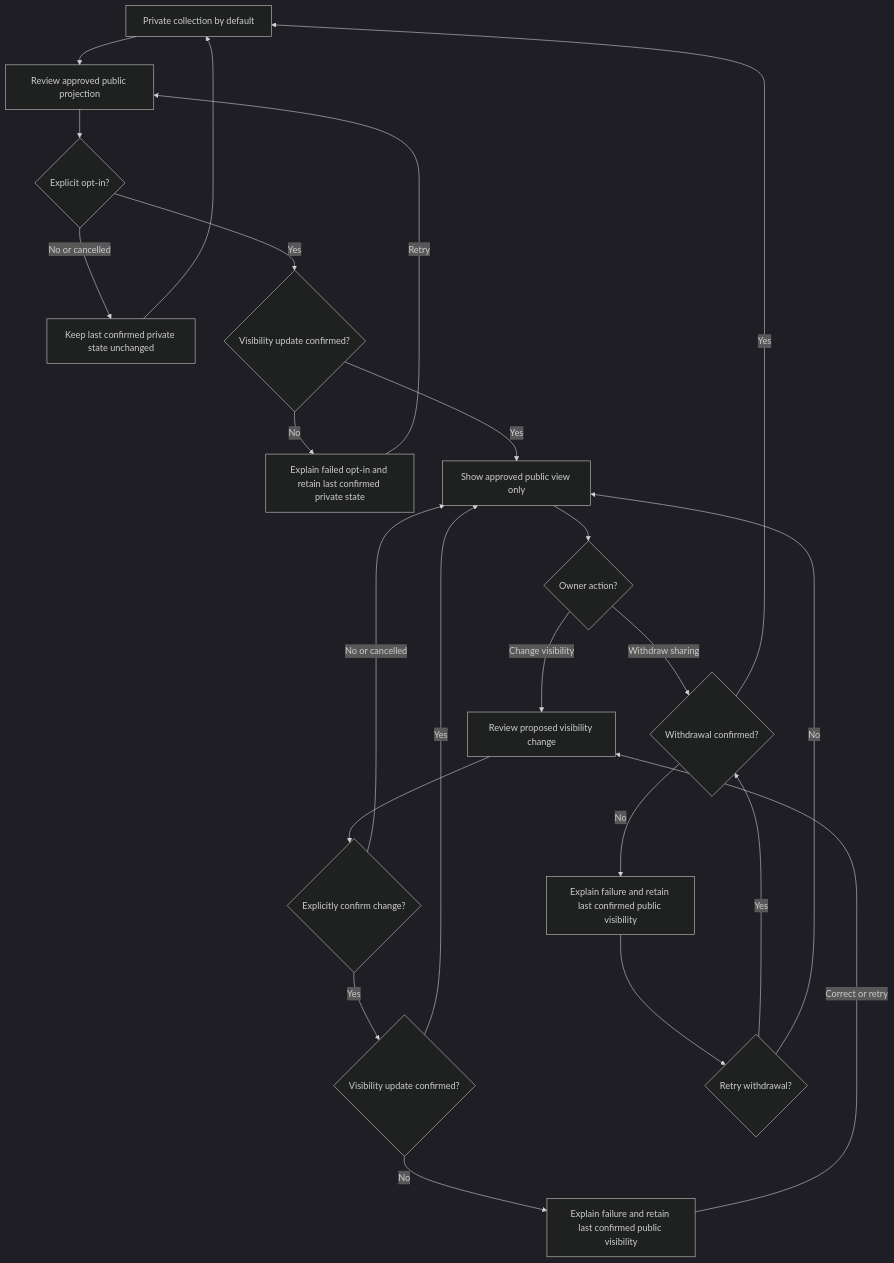
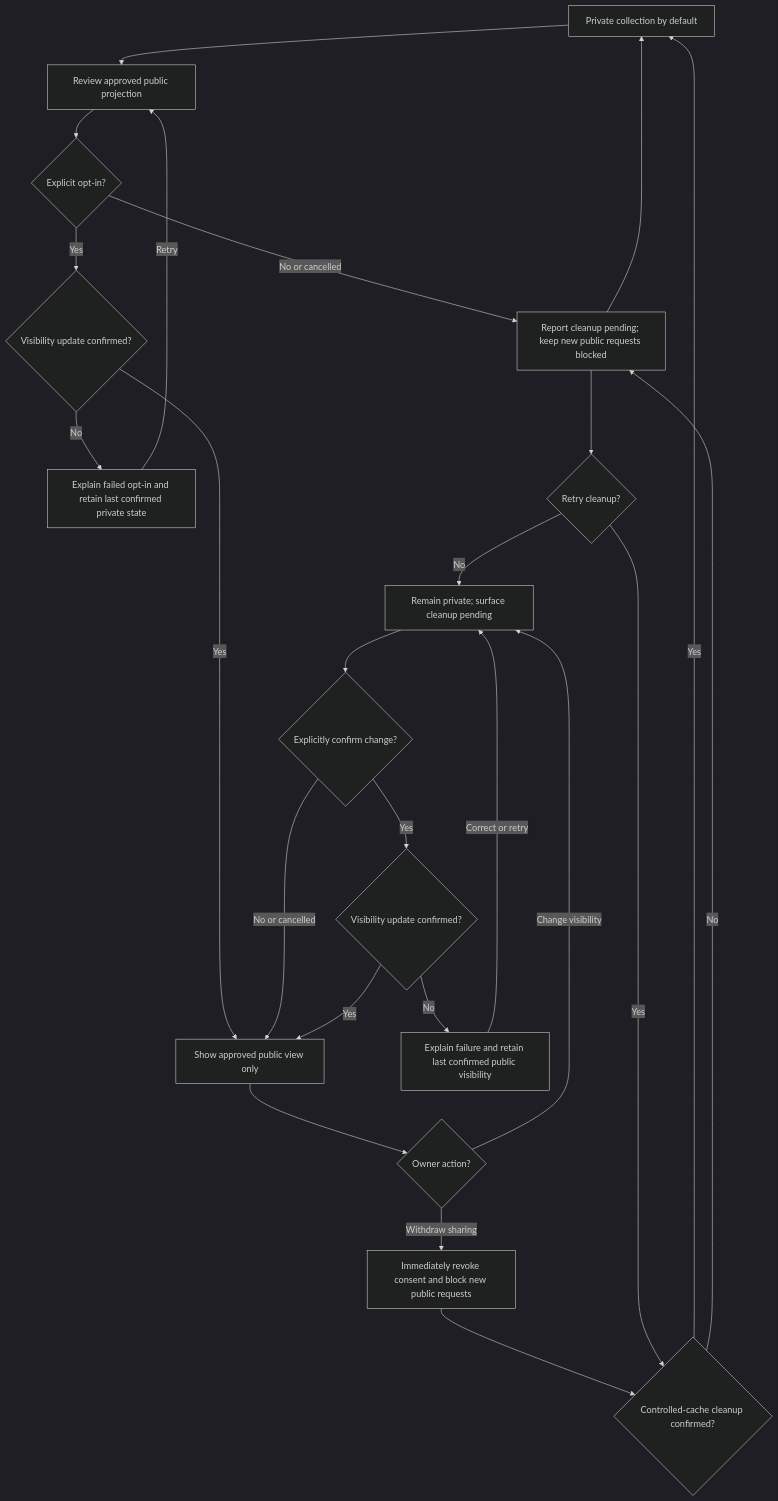
One commit to bretthotep/Game-Curator changed diagram 12 of 22 in docs/product/requirements.md. Above: the diagram before and after it, drawn with Mermaid (dark theme). The commit also changed other lines of this file and 3 other files, not shown here.

````diff
--- a/docs/product/requirements.md
+++ b/docs/product/requirements.md
@@ -347,25 +347,26 @@
 ```mermaid
 flowchart TD
     A[Private collection by default] --> B[Review approved public projection]
     B --> C{Explicit opt-in?}
     C -->|No or cancelled| J[Keep last confirmed private state unchanged]
     J --> A
     C -->|Yes| D{Visibility update confirmed?}
     D -->|No| E[Explain failed opt-in and retain last confirmed private state]
     E -->|Retry| B
     D -->|Yes| F[Show approved public view only]
     F --> G{Owner action?}
     G -->|Change visibility| K[Review proposed visibility change]
     K --> L{Explicitly confirm change?}
     L -->|No or cancelled| F
     L -->|Yes| M{Visibility update confirmed?}
     M -->|Yes| F
     M -->|No| N[Explain failure and retain last confirmed public visibility]
     N -->|Correct or retry| K
-    G -->|Withdraw sharing| H{Withdrawal confirmed?}
-    H -->|Yes| A
-    H -->|No| I[Explain failure and retain last confirmed public visibility]
-    I --> O{Retry withdrawal?}
-    O -->|Yes| H
-    O -->|No| F
+    G -->|Withdraw sharing| H[Immediately revoke consent and block new public requests]
+    H --> I{Controlled-cache cleanup confirmed?}
+    I -->|Yes| A
+    I -->|No| J[Report cleanup pending; keep new public requests blocked]
+    J --> O{Retry cleanup?}
+    O -->|Yes| I
+    O -->|No| K[Remain private; surface cleanup pending]
 ```
````
